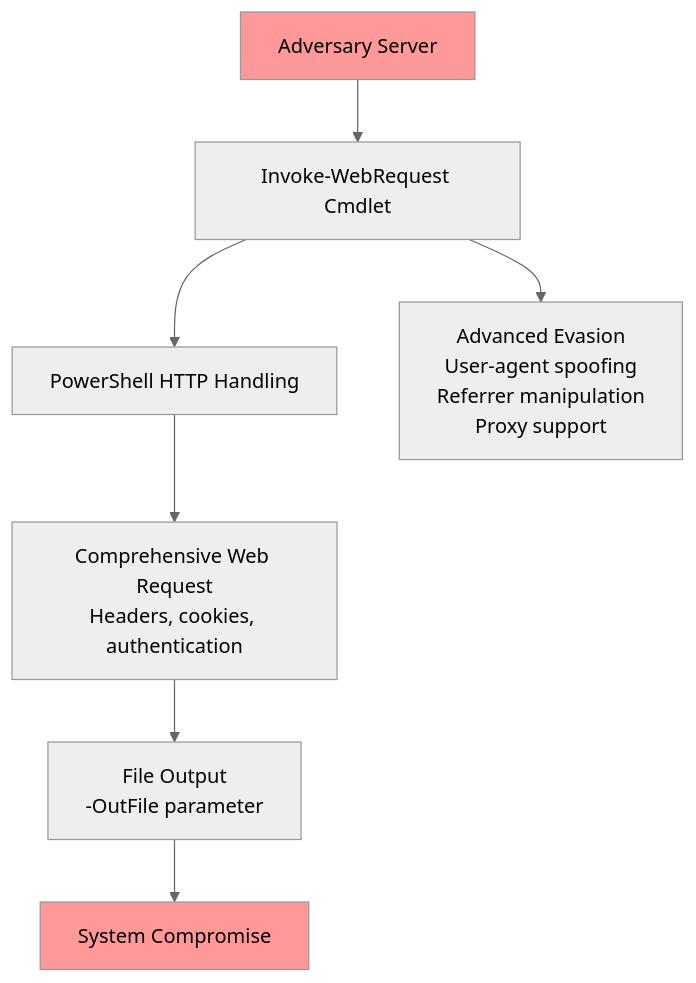
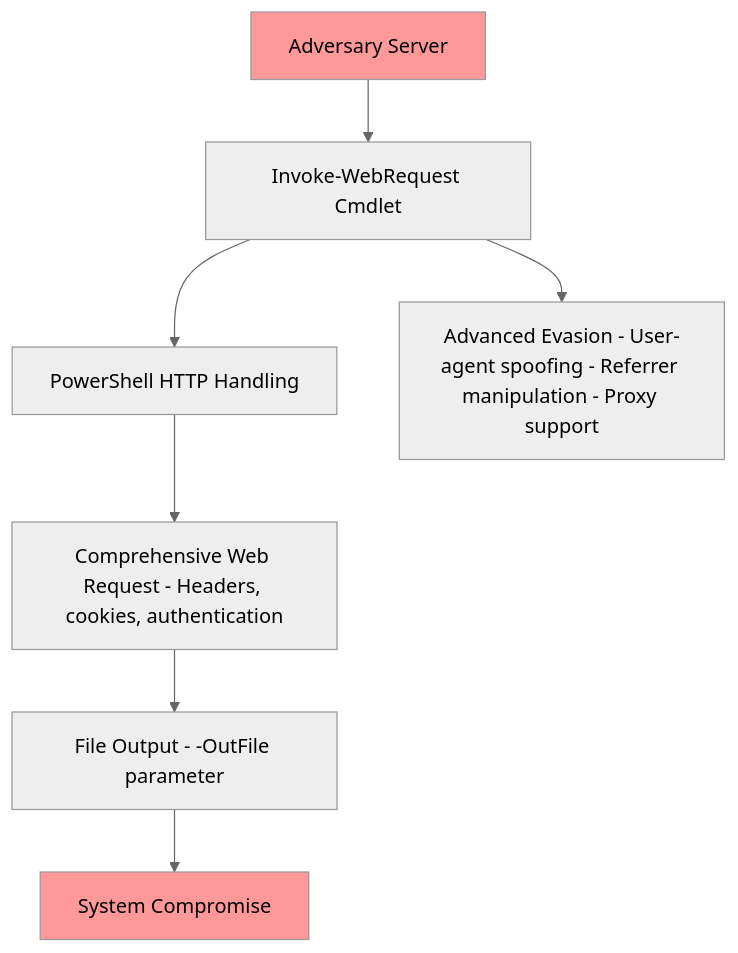
The eighth of 9 diagrams in SigmaRules/Command and Control/T1105/README.md (khaireddinechebbi/APTs-Detection-Framework), drawn with Mermaid (neutral theme) before and after one commit. The commit also changed other lines of this file, not shown here.

````diff
--- a/SigmaRules/Command and Control/T1105/README.md
+++ b/SigmaRules/Command and Control/T1105/README.md
@@ -294,13 +295,13 @@
 ```mermaid
 flowchart TD
     A[Adversary Server] --> B[Invoke-WebRequest Cmdlet]
     B --> C[PowerShell HTTP Handling]
-    C --> D[Comprehensive Web Request<br>Headers, cookies, authentication]
-    D --> E[File Output<br>-OutFile parameter]
+    C --> D[Comprehensive Web Request - Headers, cookies, authentication]
+    D --> E[File Output - -OutFile parameter]
     E --> F[System Compromise]
     
-    B --> G[Advanced Evasion<br>User-agent spoofing<br>Referrer manipulation<br>Proxy support]
+    B --> G[Advanced Evasion - User-agent spoofing - Referrer manipulation - Proxy support]
     
     style A fill:#ff9999
     style F fill:#ff9999
 ```
````
